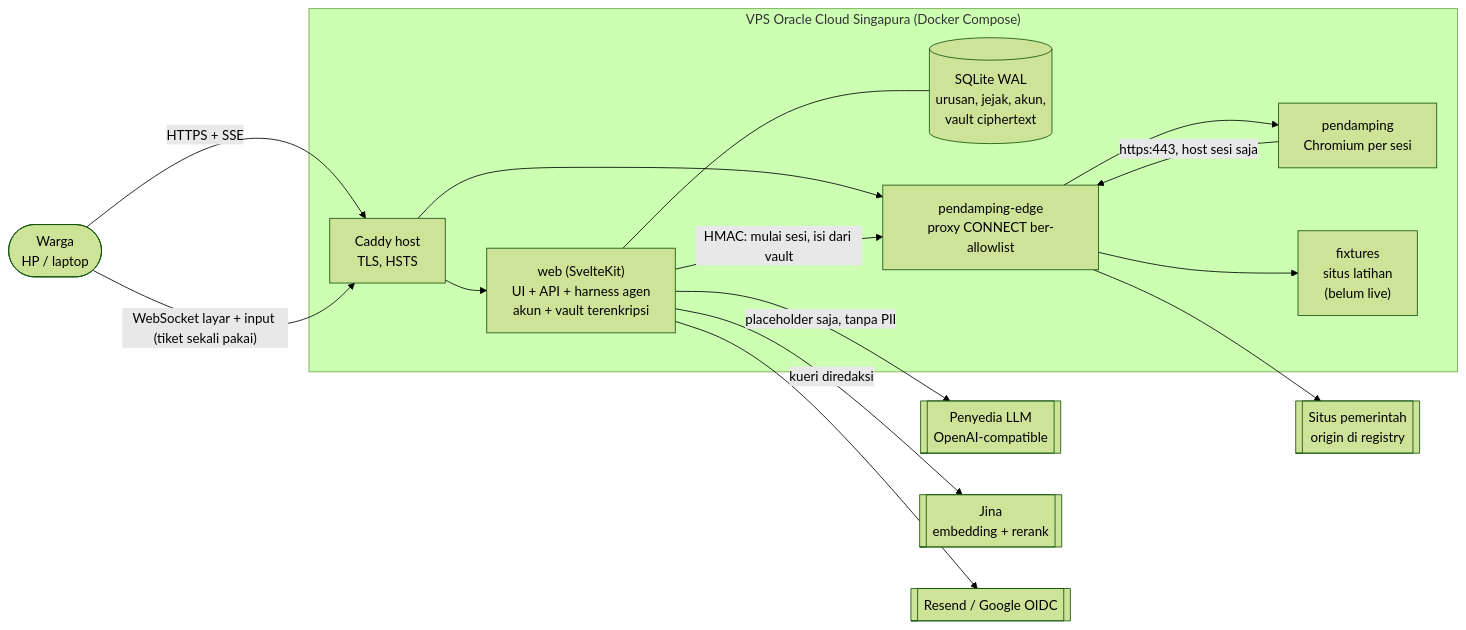
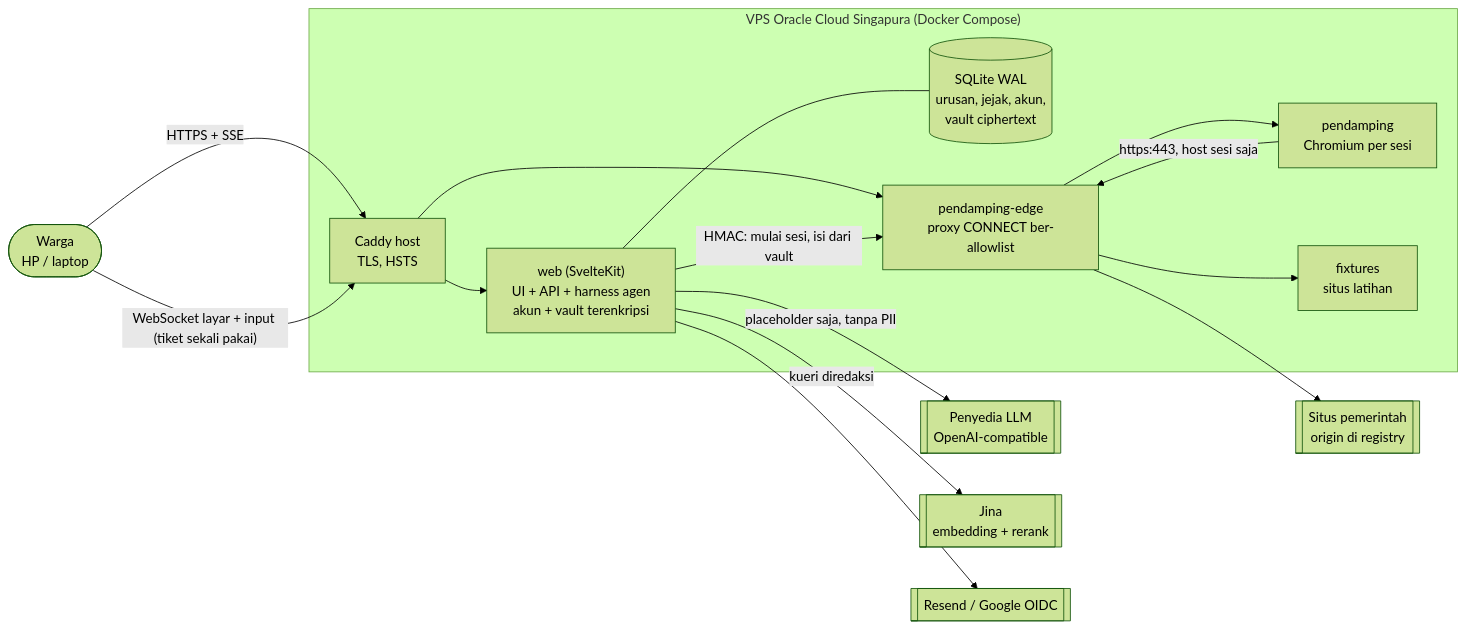
Before and after one commit to bynguts/urusin: the diagram in README.md, drawn with Mermaid (forest theme). The commit also changed other lines of this file, not shown here.

Commit message:
docs(readme): situs latihan fixtures sudah live

````diff
--- a/README.md
+++ b/README.md
@@ -136,26 +136,26 @@
 ```mermaid
 flowchart LR
   W([Warga<br/>HP / laptop])
   subgraph VPS["VPS Oracle Cloud Singapura (Docker Compose)"]
     C[Caddy host<br/>TLS, HSTS]
     WEB["web (SvelteKit)<br/>UI + API + harness agen<br/>akun + vault terenkripsi"]
     DB[(SQLite WAL<br/>urusan, jejak, akun,<br/>vault ciphertext)]
     PD["pendamping<br/>Chromium per sesi"]
     EDGE["pendamping-edge<br/>proxy CONNECT ber-allowlist"]
-    FX["fixtures<br/>situs latihan<br/>(belum live)"]
+    FX["fixtures<br/>situs latihan"]
   end
   LLM[[Penyedia LLM<br/>OpenAI-compatible]]
   JINA[[Jina<br/>embedding + rerank]]
   GOV[[Situs pemerintah<br/>origin di registry]]
   RES[[Resend / Google OIDC]]
 
   W -- "HTTPS + SSE" --> C --> WEB
   W -- "WebSocket layar + input (tiket sekali pakai)" --> C --> EDGE --> PD
   WEB --- DB
   WEB -- "HMAC: mulai sesi, isi dari vault" --> EDGE
   WEB -- "placeholder saja, tanpa PII" --> LLM
   WEB -- "kueri diredaksi" --> JINA
   WEB --> RES
   PD -- "https:443, host sesi saja" --> EDGE --> GOV
   EDGE --> FX
 ```
````
